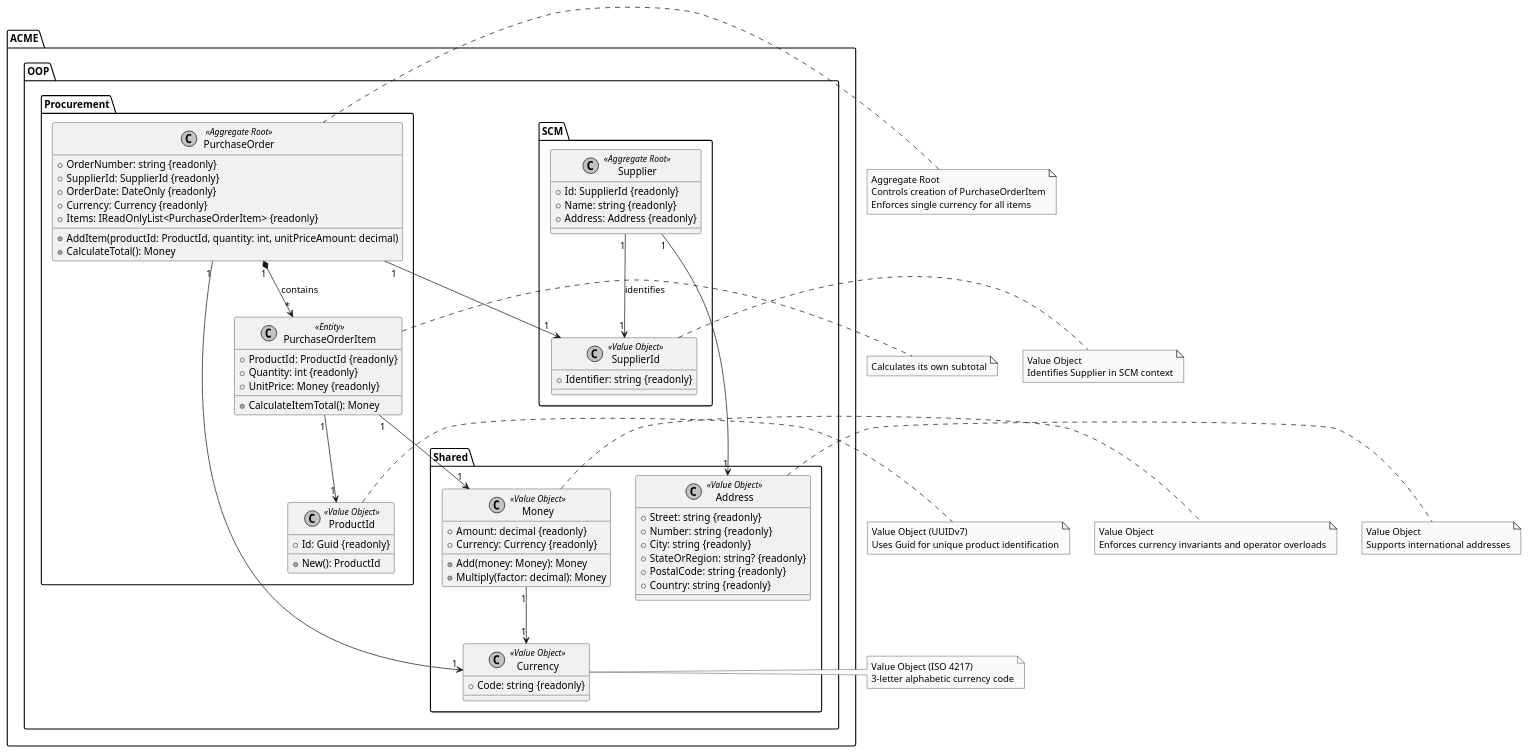
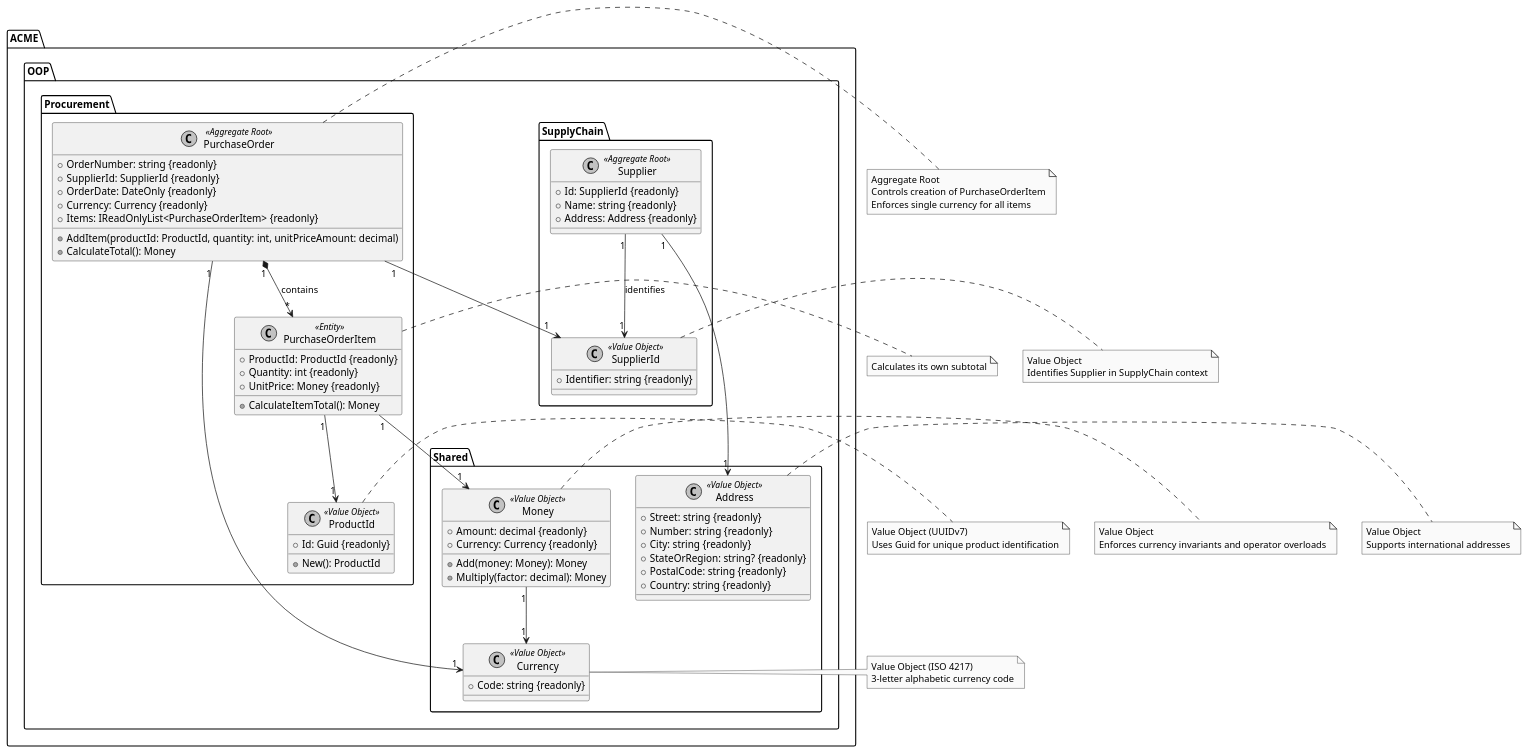
The diagram in docs/class-diagram.puml (upc-pre-202620-1asi0730-8150/oop-sample), drawn with PlantUML before and after one commit. The commit also changed 2 other files, not shown here.

Commit message:
docs: update references from `SCM` to `SupplyChain` and add `Currency` details
- Renamed `SCM` namespace to `SupplyChain` across documentation for consistency.
- Added `Currency` value object to domain details and examples.
- Updated README, ADRs, and class diagram with refined terminology and model improvements.

```diff
--- a/docs/class-diagram.puml
+++ b/docs/class-diagram.puml
@@ -1,108 +1,108 @@
 @startuml
 skinparam monochrome true
 
-package "ACME.OOP.SCM" {
+package "ACME.OOP.SupplyChain" {
   class "Supplier" as Supplier <<Aggregate Root>> {
     +Id: SupplierId {readonly}
     +Name: string {readonly}
     +Address: Address {readonly}
   }
 
   class "SupplierId" as SupplierId <<Value Object>> {
     +Identifier: string {readonly}
   }
 
   Supplier "1" --> "1" SupplierId : identifies
 }
 
 package "ACME.OOP.Procurement" {
   class "PurchaseOrder" as PO <<Aggregate Root>> {
     +OrderNumber: string {readonly}
     +SupplierId: SupplierId {readonly}
     +OrderDate: DateOnly {readonly}
     +Currency: Currency {readonly}
     +Items: IReadOnlyList<PurchaseOrderItem> {readonly}
     +AddItem(productId: ProductId, quantity: int, unitPriceAmount: decimal)
     +CalculateTotal(): Money
   }
 
   class "PurchaseOrderItem" as POItem <<Entity>> {
     +ProductId: ProductId {readonly}
     +Quantity: int {readonly}
     +UnitPrice: Money {readonly}
     +CalculateItemTotal(): Money
   }
 
   class "ProductId" as ProductId <<Value Object>> {
     +Id: Guid {readonly}
     +New(): ProductId
   }
 
   PO "1" --> "1" SupplierId
   PO "1" *--> "*" POItem : contains
   POItem "1" --> "1" ProductId
 }
 
 package "ACME.OOP.Shared" {
   class "Currency" as Currency <<Value Object>> {
     +Code: string {readonly}
   }
 
   class "Money" as Money <<Value Object>> {
     +Amount: decimal {readonly}
     +Currency: Currency {readonly}
     +Add(money: Money): Money
     +Multiply(factor: decimal): Money
   }
 
   class "Address" as Address <<Value Object>> {
     +Street: string {readonly}
     +Number: string {readonly}
     +City: string {readonly}
     +StateOrRegion: string? {readonly}
     +PostalCode: string {readonly}
     +Country: string {readonly}
   }
 
   PO "1" --> "1" Currency
   POItem "1" --> "1" Money
   Money "1" --> "1" Currency
   Supplier "1" --> "1" Address
 }
 
 note right of PO
   Aggregate Root
   Controls creation of PurchaseOrderItem
   Enforces single currency for all items
 end note
 
 note right of POItem
   Calculates its own subtotal
 end note
 
 note right of ProductId
   Value Object (UUIDv7)
   Uses Guid for unique product identification
 end note
 
 note right of SupplierId
   Value Object
-  Identifies Supplier in SCM context
+  Identifies Supplier in SupplyChain context
 end note
 
 note right of Currency
   Value Object (ISO 4217)
   3-letter alphabetic currency code
 end note
 
 note right of Money
   Value Object
   Enforces currency invariants and operator overloads
 end note
 
 note right of Address
   Value Object
   Supports international addresses
 end note
 
 @enduml
```
